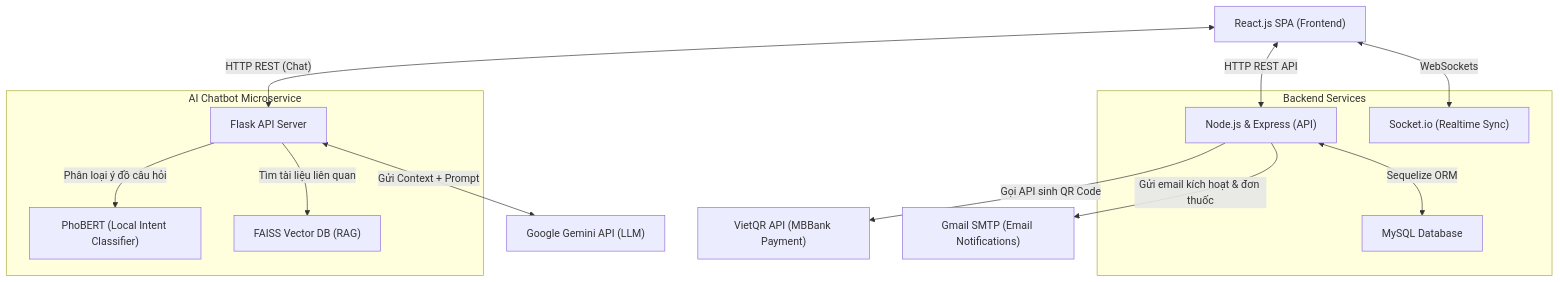
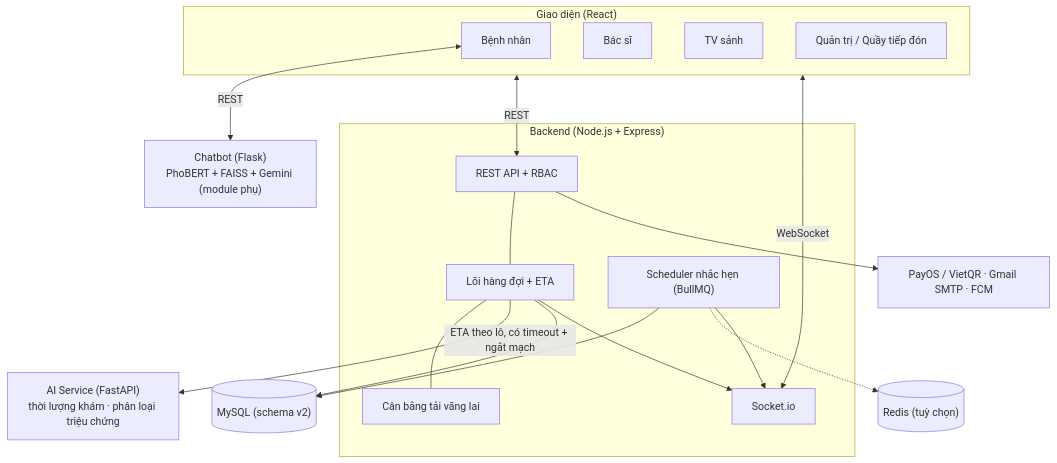
Before and after one commit to TranXuanDuc28/medical-appointment-system: the diagram in README.md, drawn with Mermaid. The commit also changed other lines of this file and 9 other files, not shown here.

Commit message:
docs: viet lai README theo hien trang, danh dau tai lieu cu, them schema v2 va dieu chinh so voi de cuong

````diff
--- a/README.md
+++ b/README.md
@@ -16,37 +36,36 @@
 ```mermaid
 graph TD
-  %% Client Layer
-  ReactJS["React.js SPA (Frontend)"]
-
-  %% Backend Layer
-  subgraph Backend_Services["Backend Services"]
-    NodeJS["Node.js & Express (API)"]
-    SocketIO["Socket.io (Realtime Sync)"]
-    MySQL["MySQL Database"]
+  subgraph Clients["Giao diện (React)"]
+    Patient["Bệnh nhân"]
+    Doctor["Bác sĩ"]
+    TV["TV sảnh"]
+    Admin["Quản trị / Quầy tiếp đón"]
   end
 
-  %% AI Layer
-  subgraph AI_Service["AI Chatbot Microservice"]
-    Flask["Flask API Server"]
-    PhoBERT["PhoBERT (Local Intent Classifier)"]
-    FAISS["FAISS Vector DB (RAG)"]
+  subgraph Backend["Backend (Node.js + Express)"]
+    API["REST API + RBAC"]
+    Queue["Lõi hàng đợi + ETA"]
+    Balance["Cân bằng tải vãng lai"]
+    Remind["Scheduler nhắc hẹn (BullMQ)"]
+    Socket["Socket.io"]
   end
 
-  %% External APIs
-  Gemini["Google Gemini API (LLM)"]
-  VietQR["VietQR API (MBBank Payment)"]
-  Gmail["Gmail SMTP (Email Notifications)"]
+  DB[("MySQL (schema v2)")]
+  Redis[("Redis (tuỳ chọn)")]
+  AI["AI Service (FastAPI)<br>thời lượng khám · phân loại triệu chứng"]
+  Chatbot["Chatbot (Flask)<br>PhoBERT + FAISS + Gemini (module phụ)"]
+  Ext["PayOS / VietQR · Gmail SMTP · FCM"]
 
-  %% Interactions
-  ReactJS <-->|"HTTP REST API"| NodeJS
-  ReactJS <-->|"WebSockets"| SocketIO
-  ReactJS <-->|"HTTP REST (Chat)"| Flask
-
-  NodeJS <-->|"Sequelize ORM"| MySQL
-  NodeJS -->|"Gọi API sinh QR Code"| VietQR
-  NodeJS -->|"Gửi email kích hoạt & đơn thuốc"| Gmail
-
-  Flask -->|"Phân loại ý đồ câu hỏi"| PhoBERT
-  Flask -->|"Tìm tài liệu liên quan"| FAISS
-  Flask <-->|"Gửi Context + Prompt"| Gemini
+  Clients <-->|REST| API
+  Clients <-->|WebSocket| Socket
+  Patient <-->|REST| Chatbot
+  API --- Queue
+  Queue --- Balance
+  Queue -->|ETA theo lô, có timeout + ngắt mạch| AI
+  Queue --> DB
+  Remind --> DB
+  Remind -.-> Redis
+  Queue --> Socket
+  Remind --> Socket
+  API --> Ext
 ```
````
